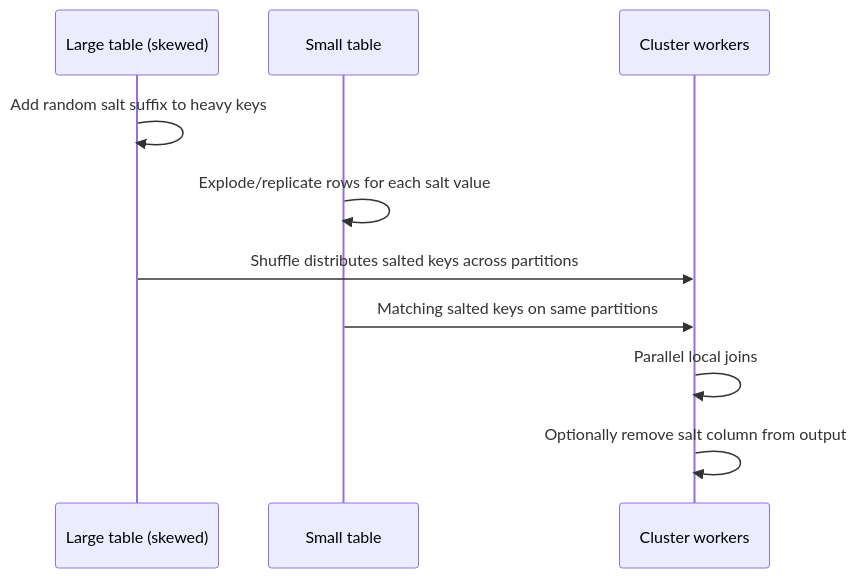
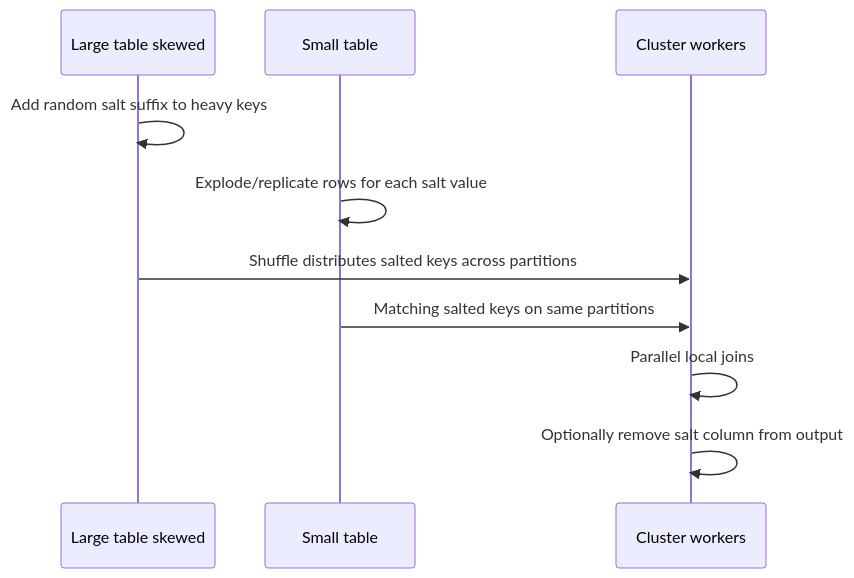
The second of 2 diagrams in bits-pilani/trimester-3/notes/big-data-platforms-and-analytics/week-10/04-mitigation-strategy-salting-transcript.md (hsoni92/ml-workbook), drawn with Mermaid before and after one commit. The commit also changed 59 other files, not shown here.

````diff
--- a/bits-pilani/trimester-3/notes/big-data-platforms-and-analytics/week-10/04-mitigation-strategy-salting-transcript.md
+++ b/bits-pilani/trimester-3/notes/big-data-platforms-and-analytics/week-10/04-mitigation-strategy-salting-transcript.md
@@ -59,13 +59,13 @@
 ```mermaid
 sequenceDiagram
-    participant LT as Large table (skewed)
+    participant LT as Large table skewed
     participant ST as Small table
     participant C as Cluster workers
 
     LT->>LT: Add random salt suffix to heavy keys
     ST->>ST: Explode/replicate rows for each salt value
     LT->>C: Shuffle distributes salted keys across partitions
     ST->>C: Matching salted keys on same partitions
     C->>C: Parallel local joins
     C->>C: Optionally remove salt column from output
 ```
````
